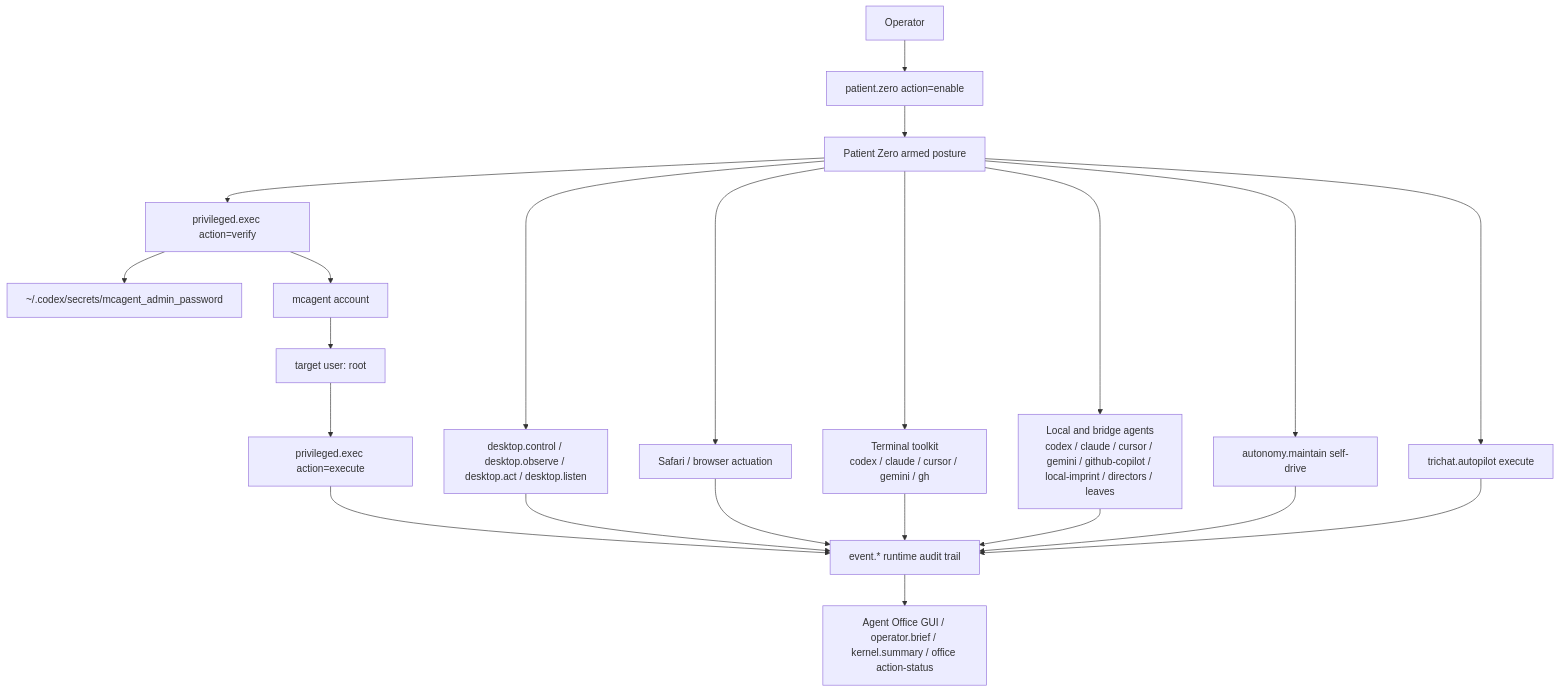
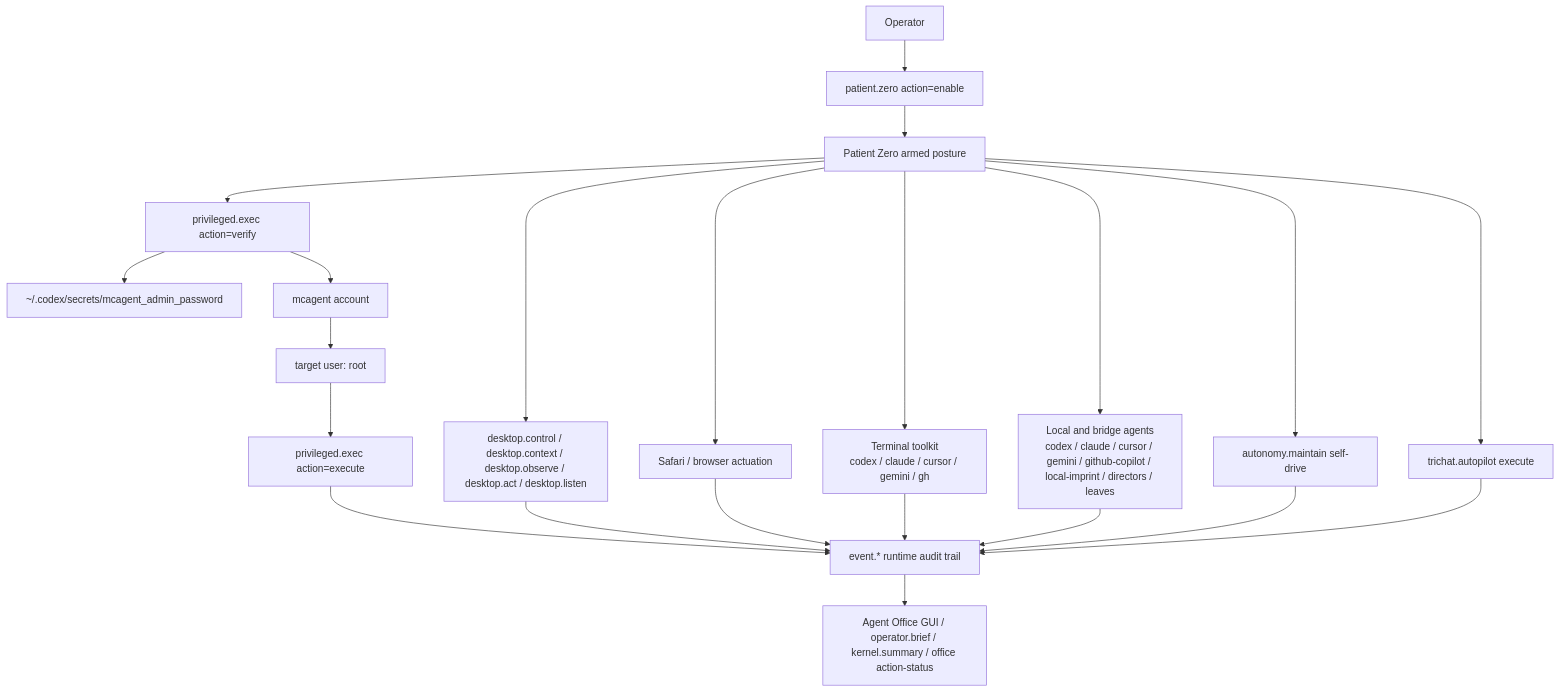
The sixth of 6 diagrams in docs/SYSTEM_INTERCONNECTS.md (driverd12/MCPlayground---Core-Template), drawn with Mermaid before and after one commit. The commit also changed other lines of this file and 3 other files, not shown here.

Commit message:
Add shared desktop context screen surface

````diff
--- a/docs/SYSTEM_INTERCONNECTS.md
+++ b/docs/SYSTEM_INTERCONNECTS.md
@@ -321,28 +322,28 @@
 ```mermaid
 flowchart TD
   Operator["Operator"] --> Arm["patient.zero action=enable"]
   Arm --> PZ["Patient Zero armed posture"]
 
-  PZ --> Desktop["desktop.control / desktop.observe / desktop.act / desktop.listen"]
+  PZ --> Desktop["desktop.control / desktop.context / desktop.observe / desktop.act / desktop.listen"]
   PZ --> Browser["Safari / browser actuation"]
   PZ --> Verify["privileged.exec action=verify"]
   PZ --> Toolkit["Terminal toolkit<br/>codex / claude / cursor / gemini / gh"]
   PZ --> AgentPool["Local and bridge agents<br/>codex / claude / cursor / gemini / github-copilot / local-imprint / directors / leaves"]
   PZ --> Maintain["autonomy.maintain self-drive"]
   PZ --> Autopilot["trichat.autopilot execute"]
 
   Verify --> Secret["~/.codex/secrets/mcagent_admin_password"]
   Verify --> Account["mcagent account"]
   Account --> Root["target user: root"]
 
   Root --> Exec["privileged.exec action=execute"]
   Exec --> Audit["event.* runtime audit trail"]
   Desktop --> Audit
   Browser --> Audit
   Toolkit --> Audit
   AgentPool --> Audit
   Maintain --> Audit
   Autopilot --> Audit
 
   Audit --> Office["Agent Office GUI / operator.brief / kernel.summary / office action-status"]
 ```
````
